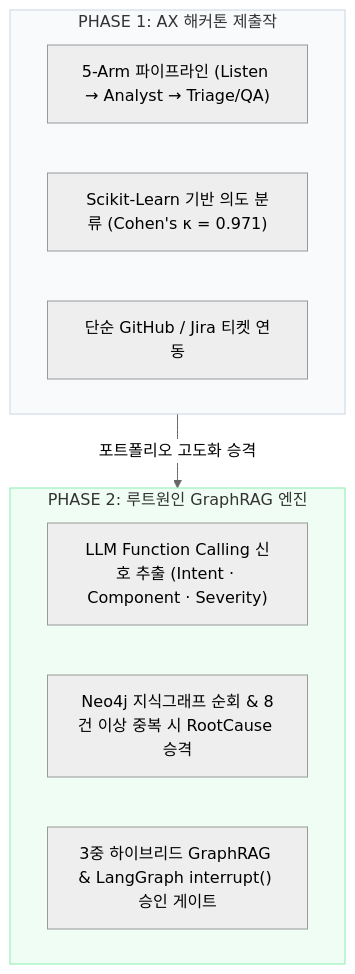
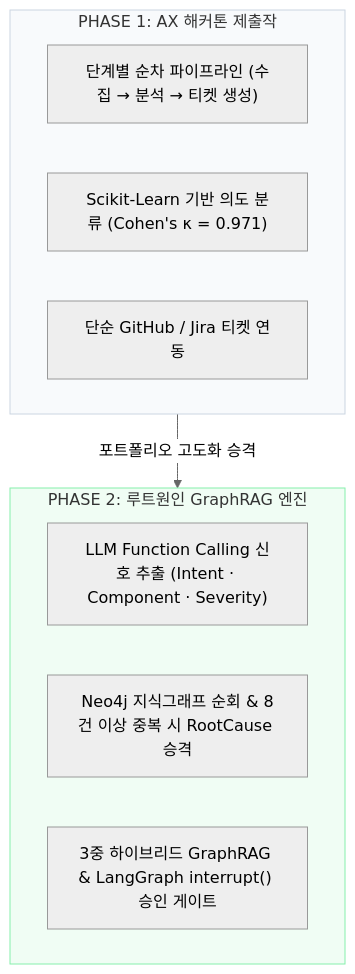
The first of 3 diagrams in README.md (kanziman/channel-voc-demo), drawn with Mermaid (neutral theme) before and after one commit. The commit also changed other lines of this file, not shown here.

Commit message:
docs: clarify 5-arm terminology in README

````diff
--- a/README.md
+++ b/README.md
@@ -28,19 +28,19 @@
 ```mermaid
 flowchart TD
     subgraph Phase1 ["PHASE 1: AX 해커톤 제출작"]
-        P1_1["5-Arm 파이프라인 (Listen → Analyst → Triage/QA)"]
+        P1_1["단계별 순차 파이프라인 (수집 → 분석 → 티켓 생성)"]
         P1_2["Scikit-Learn 기반 의도 분류 (Cohen's κ = 0.971)"]
         P1_3["단순 GitHub / Jira 티켓 연동"]
     end
 
     Phase1 -->|"포트폴리오 고도화 승격"| Phase2
 
     subgraph Phase2 ["PHASE 2: 루트원인 GraphRAG 엔진"]
         P2_1["LLM Function Calling 신호 추출 (Intent · Component · Severity)"]
         P2_2["Neo4j 지식그래프 순회 & 8건 이상 중복 시 RootCause 승격"]
         P2_3["3중 하이브리드 GraphRAG & LangGraph interrupt() 승인 게이트"]
     end
 
     style Phase1 fill:#f8fafc,stroke:#cbd5e1
     style Phase2 fill:#f0fdf4,stroke:#86efac
 ```
````
